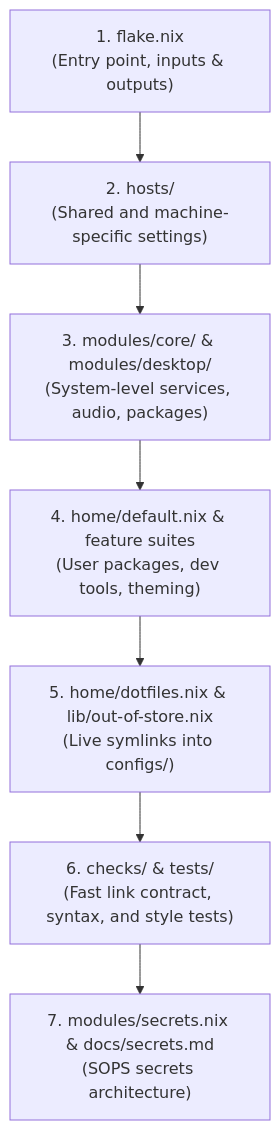
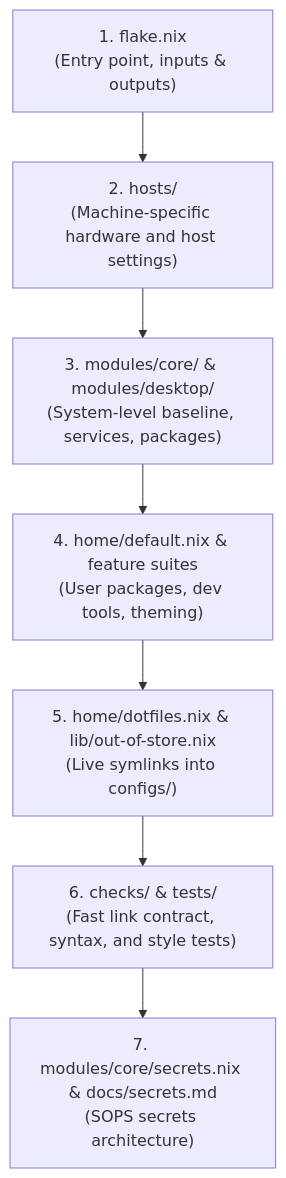
The first of 2 diagrams in README.md (gsmith-alvarez/dotfiles), drawn with Mermaid before and after one commit. The commit also changed other lines of this file and 33 other files, not shown here.

````diff
--- a/README.md
+++ b/README.md
@@ -30,9 +30,9 @@
 ```mermaid
 flowchart TD
-    Step1["1. flake.nix<br/>(Entry point, inputs & outputs)"] --> Step2["2. hosts/<br/>(Shared and machine-specific settings)"]
-    Step2 --> Step3["3. modules/core/ & modules/desktop/<br/>(System-level services, audio, packages)"]
+    Step1["1. flake.nix<br/>(Entry point, inputs & outputs)"] --> Step2["2. hosts/<br/>(Machine-specific hardware and host settings)"]
+    Step2 --> Step3["3. modules/core/ & modules/desktop/<br/>(System-level baseline, services, packages)"]
     Step3 --> Step4["4. home/default.nix & feature suites<br/>(User packages, dev tools, theming)"]
     Step4 --> Step5["5. home/dotfiles.nix & lib/out-of-store.nix<br/>(Live symlinks into configs/)"]
     Step5 --> Step6["6. checks/ & tests/<br/>(Fast link contract, syntax, and style tests)"]
-    Step6 --> Step7["7. modules/secrets.nix & docs/secrets.md<br/>(SOPS secrets architecture)"]
+    Step6 --> Step7["7. modules/core/secrets.nix & docs/secrets.md<br/>(SOPS secrets architecture)"]
 ```
````
